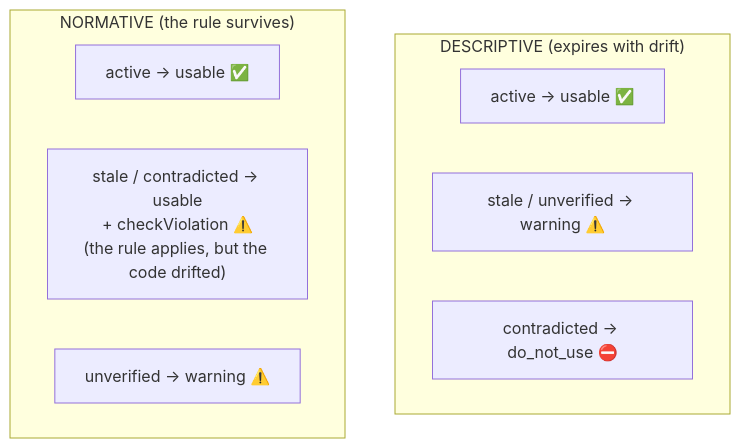
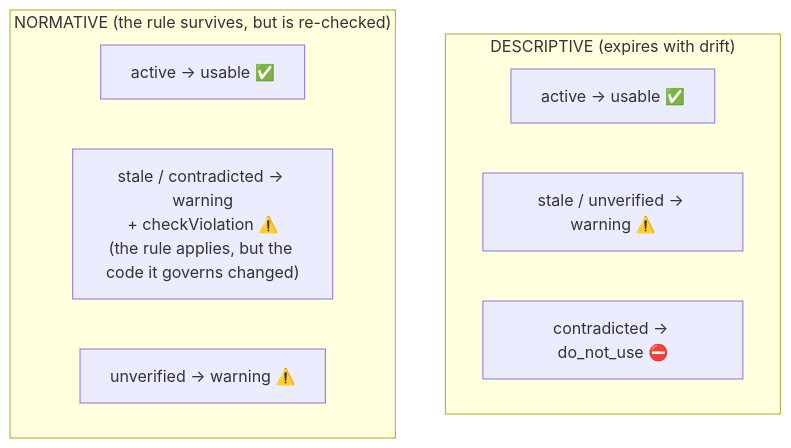
Before and after one commit to Kolimar/leina: the third of 4 diagrams in docs/concepts/05-comunicacion-grafo-memoria.md, drawn with Mermaid. The commit also changed other lines of this file and 26 other files, not shown here.

````diff
--- a/docs/concepts/05-comunicacion-grafo-memoria.md
+++ b/docs/concepts/05-comunicacion-grafo-memoria.md
@@ -108,13 +143,13 @@
 ```mermaid
 flowchart TD
     subgraph desc["DESCRIPTIVE (expires with drift)"]
         d1["active → usable ✅"]
         d2["stale / unverified → warning ⚠️"]
         d3["contradicted → do_not_use ⛔"]
     end
-    subgraph norm["NORMATIVE (the rule survives)"]
+    subgraph norm["NORMATIVE (the rule survives, but is re-checked)"]
         n1["active → usable ✅"]
-        n2["stale / contradicted → usable<br/>+ checkViolation ⚠️<br/>(the rule applies, but the code drifted)"]
+        n2["stale / contradicted → warning<br/>+ checkViolation ⚠️<br/>(the rule applies, but the code it governs changed)"]
         n3["unverified → warning ⚠️"]
     end
 ```
````
